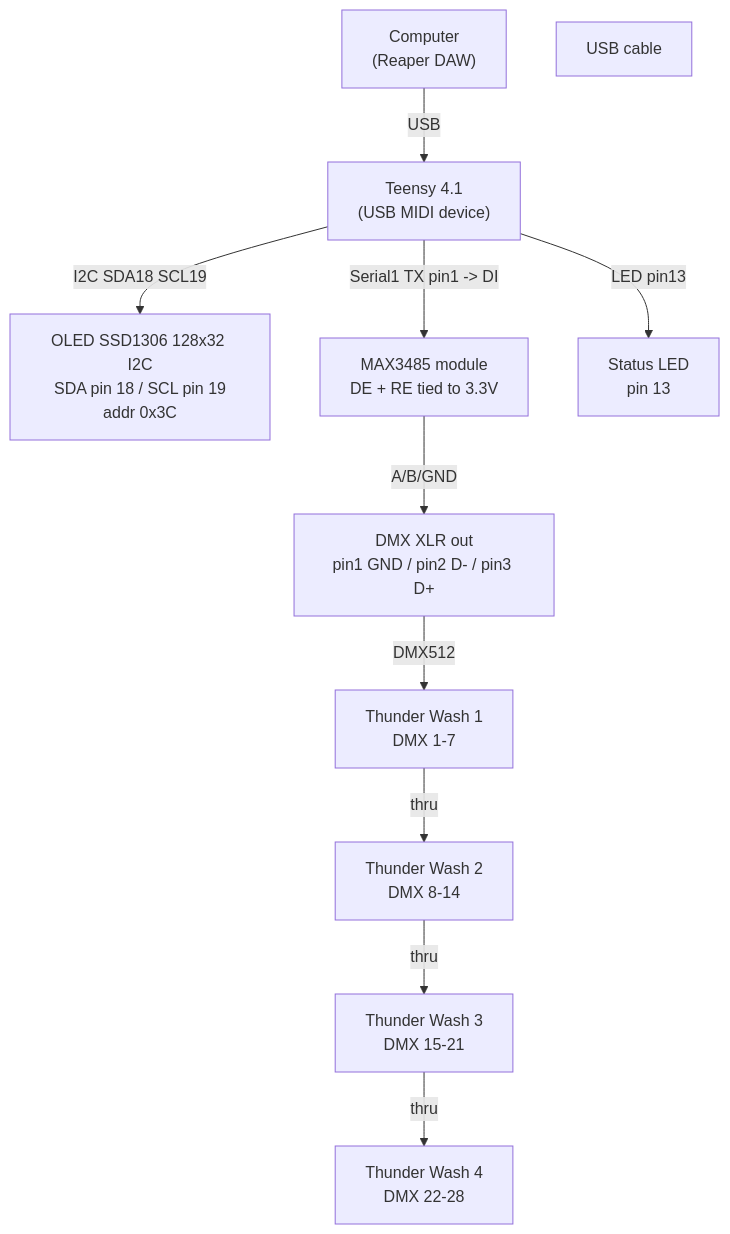
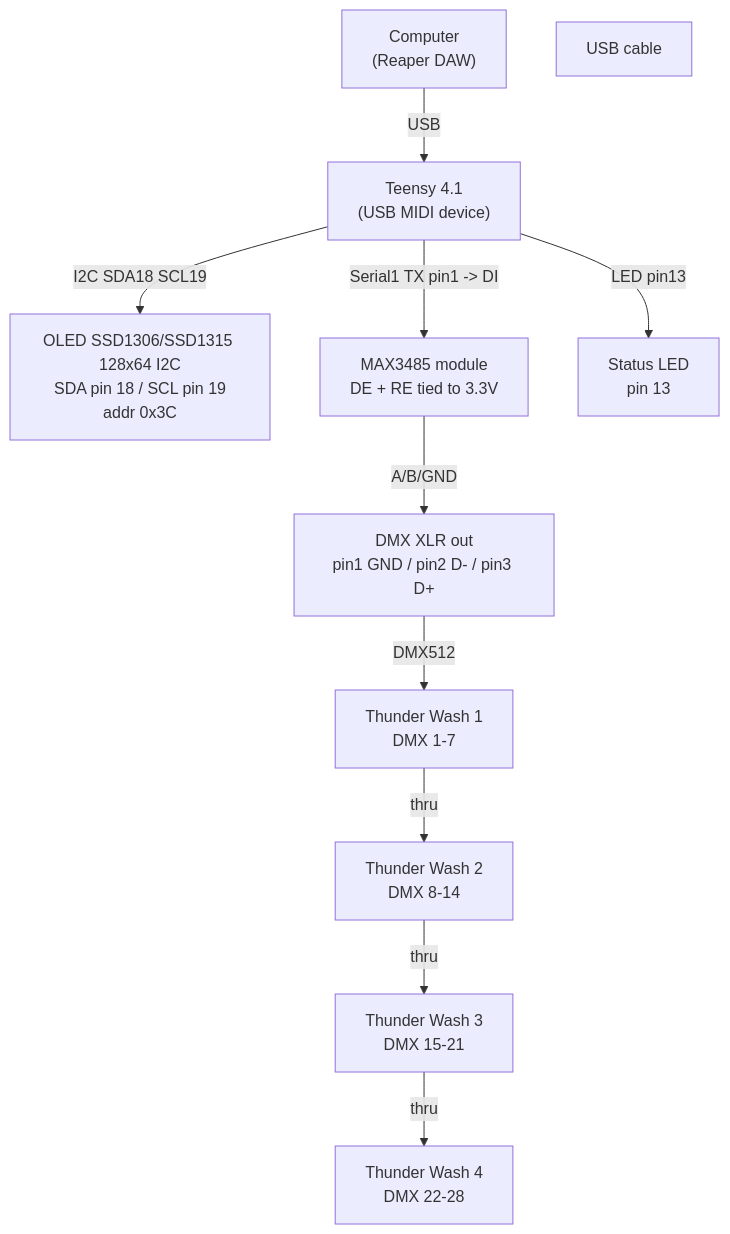
One commit to RVX/RingoffireCC2DMX changed the second of 4 diagrams in README.md. Above: the diagram before and after it, drawn with Mermaid. The commit also changed other lines of this file, not shown here.

Commit message:
README: correct OLED to 128x64 (SSD1306/SSD1315)

````diff
--- a/README.md
+++ b/README.md
@@ -31,24 +31,24 @@
 ```mermaid
 flowchart TD
     PC["Computer<br/>(Reaper DAW)"]
     USB["USB cable"]
     Teensy["Teensy 4.1<br/>(USB MIDI device)"]
-    OLED["OLED SSD1306 128x32 I2C<br/>SDA pin 18 / SCL pin 19<br/>addr 0x3C"]
+    OLED["OLED SSD1306/SSD1315 128x64 I2C<br/>SDA pin 18 / SCL pin 19<br/>addr 0x3C"]
     RS485["MAX3485 module<br/>DE + RE tied to 3.3V"]
     XLR["DMX XLR out<br/>pin1 GND / pin2 D- / pin3 D+"]
     LED["Status LED<br/>pin 13"]
     U1["Thunder Wash 1<br/>DMX 1-7"]
     U2["Thunder Wash 2<br/>DMX 8-14"]
     U3["Thunder Wash 3<br/>DMX 15-21"]
     U4["Thunder Wash 4<br/>DMX 22-28"]
 
     PC -- USB --> Teensy
     Teensy -- "I2C SDA18 SCL19" --> OLED
     Teensy -- "Serial1 TX pin1 -> DI" --> RS485
     Teensy -- LED pin13 --> LED
     RS485 -- "A/B/GND" --> XLR
     XLR -- DMX512 --> U1
     U1 -- thru --> U2
     U2 -- thru --> U3
     U3 -- thru --> U4
 ```
````
